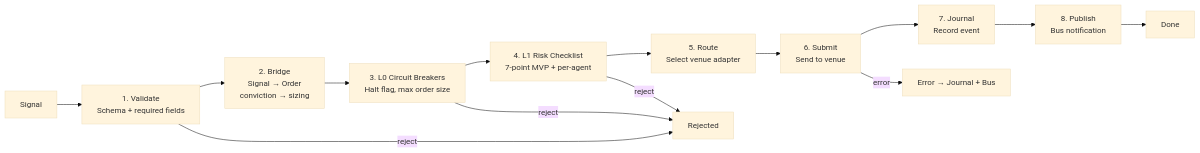
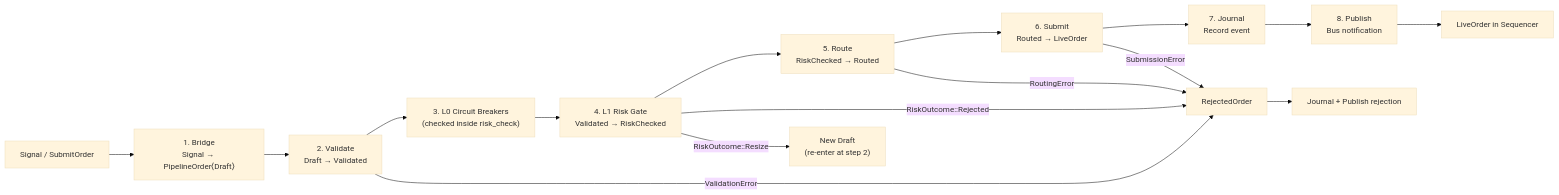
The fourth of 6 diagrams in docs/CONTRACTS.md (investlink-ai/feynman-engine), drawn with Mermaid (base theme) before and after one commit. The commit also changed other lines of this file and 48 other files, not shown here.

````diff
--- a/docs/CONTRACTS.md
+++ b/docs/CONTRACTS.md
@@ -485,17 +474,19 @@
 ```mermaid
 graph LR
-    IN[Signal] --> V[1. Validate<br/>Schema + required fields]
-    V --> B[2. Bridge<br/>Signal → Order<br/>conviction → sizing]
-    B --> L0[3. L0 Circuit Breakers<br/>Halt flag, max order size]
-    L0 --> L1[4. L1 Risk Checklist<br/>7-point MVP + per-agent]
-    L1 --> R[5. Route<br/>Select venue adapter]
-    R --> S[6. Submit<br/>Send to venue]
-    S --> J[7. Journal<br/>Record event]
-    J --> PUB[8. Publish<br/>Bus notification]
-    PUB --> OUT[Done]
+    IN[Signal / SubmitOrder] --> B["1. Bridge<br/>Signal → PipelineOrder⟨Draft⟩"]
+    B --> V["2. Validate<br/>Draft → Validated"]
+    V --> L0["3. L0 Circuit Breakers<br/>(checked inside risk_check)"]
+    L0 --> L1["4. L1 Risk Gate<br/>Validated → RiskChecked"]
+    L1 --> R["5. Route<br/>RiskChecked → Routed"]
+    R --> S["6. Submit<br/>Routed → LiveOrder"]
+    S --> J["7. Journal<br/>Record event"]
+    J --> PUB["8. Publish<br/>Bus notification"]
+    PUB --> OUT["LiveOrder in Sequencer"]
 
-    V -->|reject| REJ[Rejected]
-    L0 -->|reject| REJ
-    L1 -->|reject| REJ
-    S -->|error| ERR[Error → Journal + Bus]
+    V -->|ValidationError| REJ[RejectedOrder]
+    L1 -->|RiskOutcome::Rejected| REJ
+    L1 -->|"RiskOutcome::Resize"| B2["New Draft<br/>(re-enter at step 2)"]
+    R -->|RoutingError| REJ
+    S -->|SubmissionError| REJ
+    REJ --> JREJ["Journal + Publish rejection"]
 ```
````
